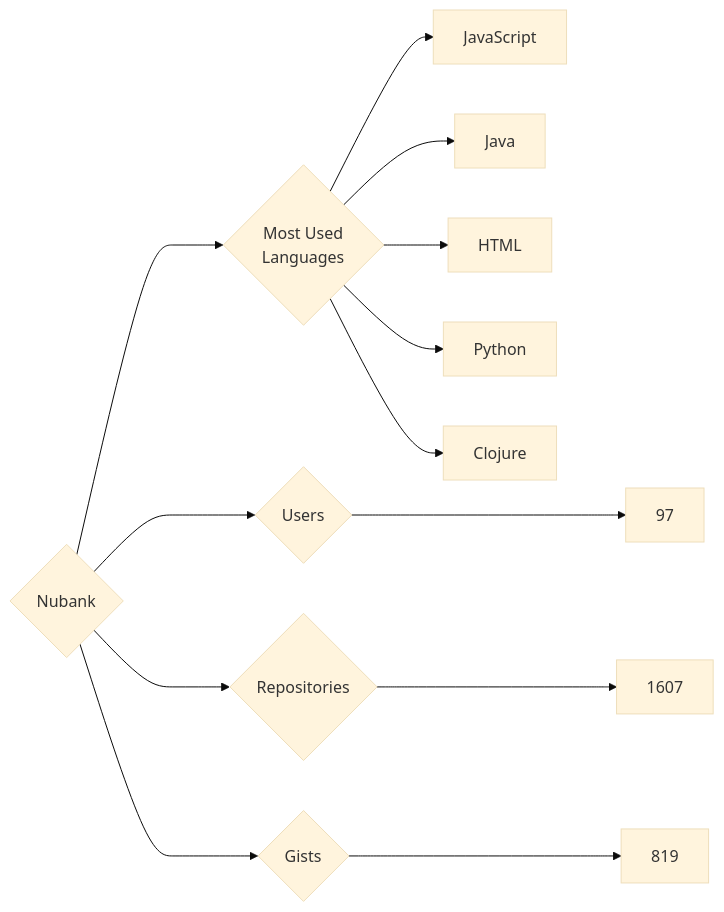
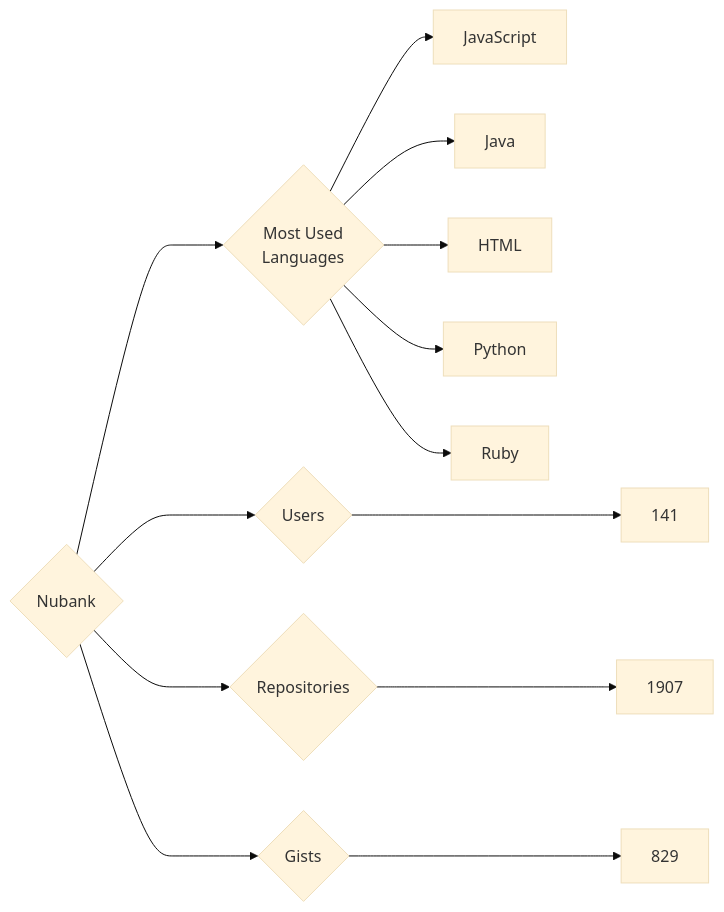
Before and after one commit to trickest/insiders: the diagram in targets/Nubank/README.md, drawn with Mermaid (base theme). The commit also changed 833 other files, not shown here.

````diff
--- a/targets/Nubank/README.md
+++ b/targets/Nubank/README.md
@@ -3,13 +3,13 @@
 ```mermaid
 graph LR
 COMPANY_NAME{Nubank}
-COMPANY_NAME ---> U{Users} ---> UN[97]
-COMPANY_NAME ---> R{Repositories} ---> RN[1607]
-COMPANY_NAME ---> G{Gists} ---> GN[819]
+COMPANY_NAME ---> U{Users} ---> UN[141]
+COMPANY_NAME ---> R{Repositories} ---> RN[1907]
+COMPANY_NAME ---> G{Gists} ---> GN[829]
 COMPANY_NAME ---> ML{Most Used<br>Languages}
 ML --> JavaScript[JavaScript]
 ML --> Java[Java]
 ML --> HTML[HTML]
 ML --> Python[Python]
-ML --> Clojure[Clojure]
+ML --> Ruby[Ruby]
 ```
````
